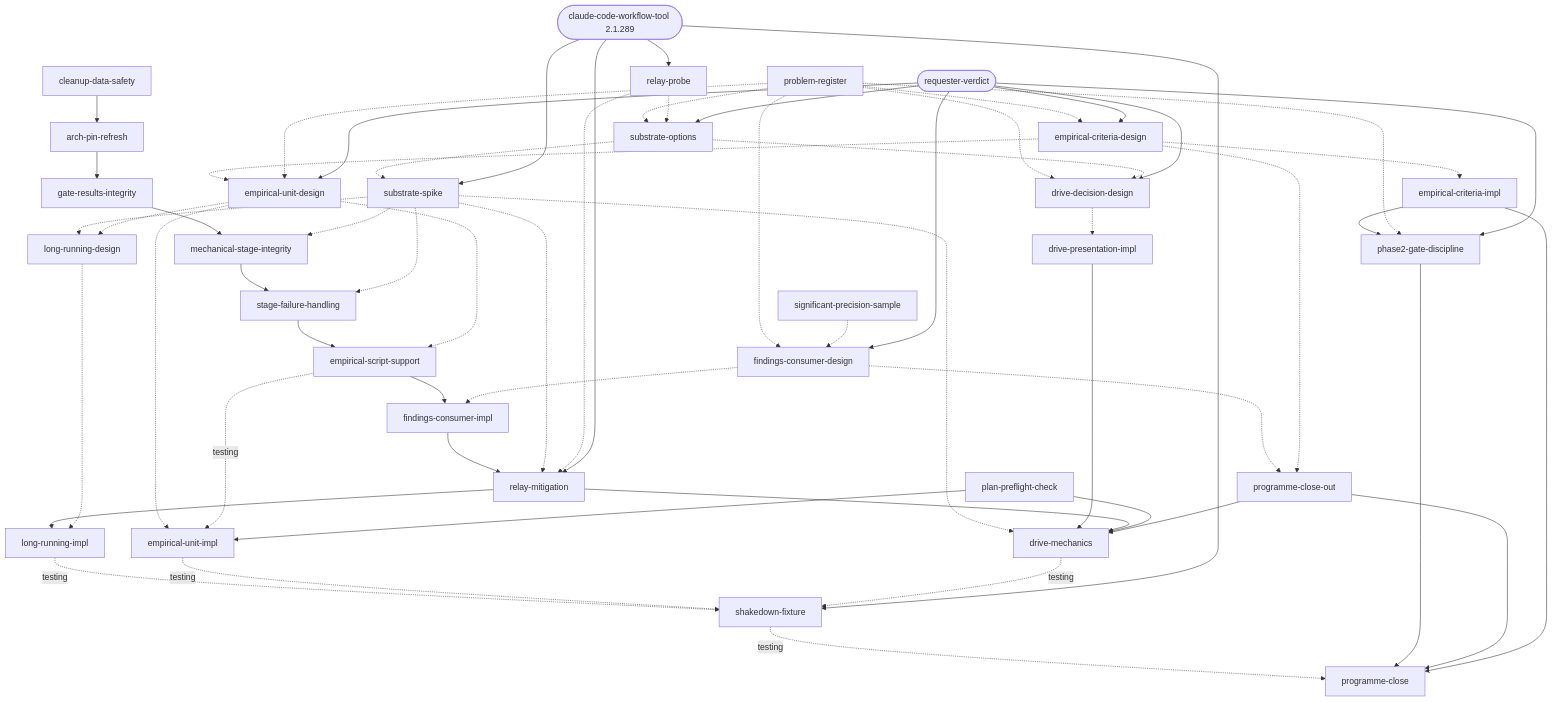
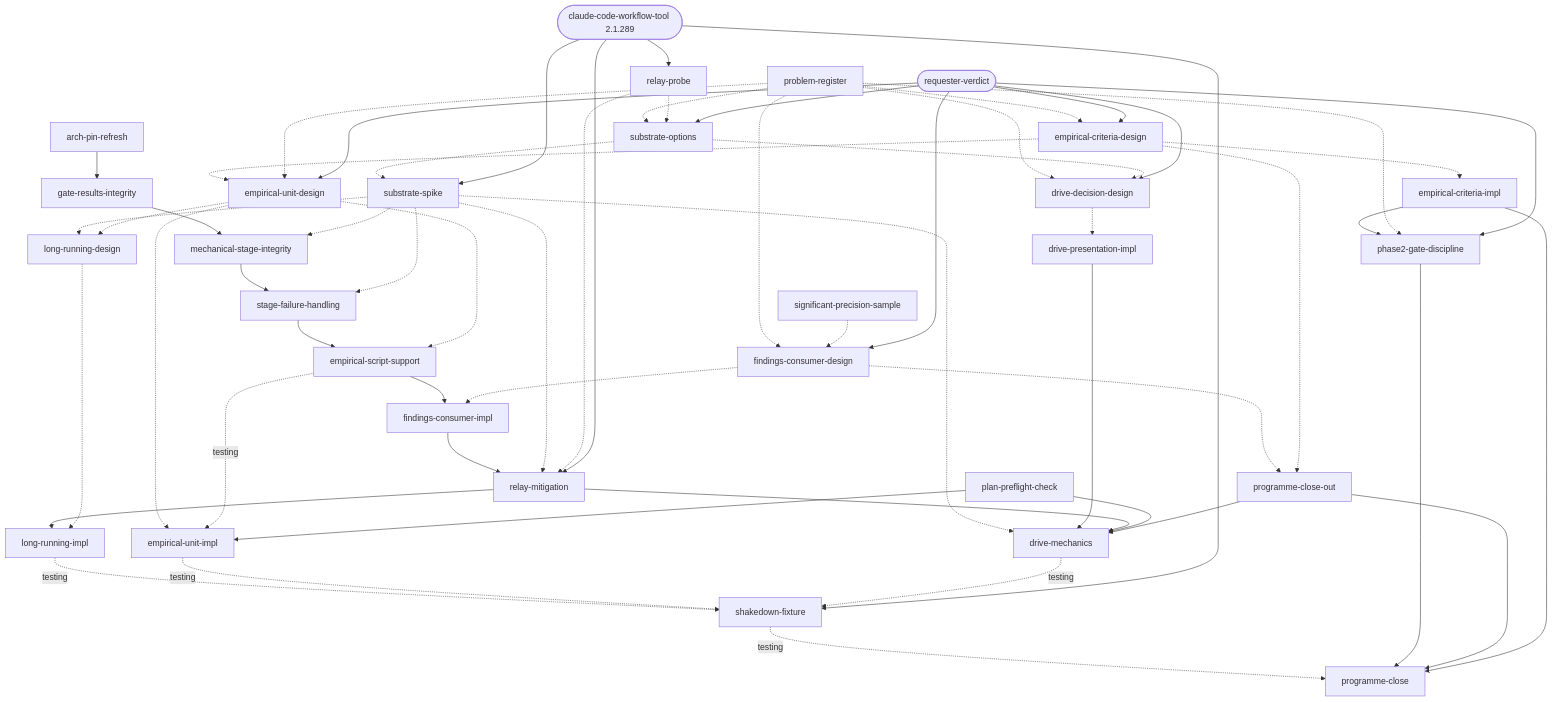
Before and after one commit to duaneg/phronithm: the diagram in docs/plans/lsf-improvements-breakdown.md, drawn with Mermaid. The commit also changed other lines of this file, not shown here.

First line of the commit message:
LSF improvements: re-plan after cleanup-data-safety returned

```diff
--- a/docs/plans/lsf-improvements-breakdown.md
+++ b/docs/plans/lsf-improvements-breakdown.md
@@ -660,7 +637,6 @@
   CC([claude-code-workflow-tool 2.1.289])
 
   PR[problem-register]
-  CDS[cleanup-data-safety]
   RP[relay-probe]
   SO[substrate-options]
   SS[substrate-spike]
@@ -691,7 +667,7 @@
   PR -.-> SO
   RP -.-> SO
   SO -.-> SS
-  CDS --> APR --> GRI --> MSI --> SFH --> ESS --> FCI --> RM --> LRI
+  APR --> GRI --> MSI --> SFH --> ESS --> FCI --> RM --> LRI
   SS -.-> MSI
   SS -.-> SFH
   SS -.-> RM
```
